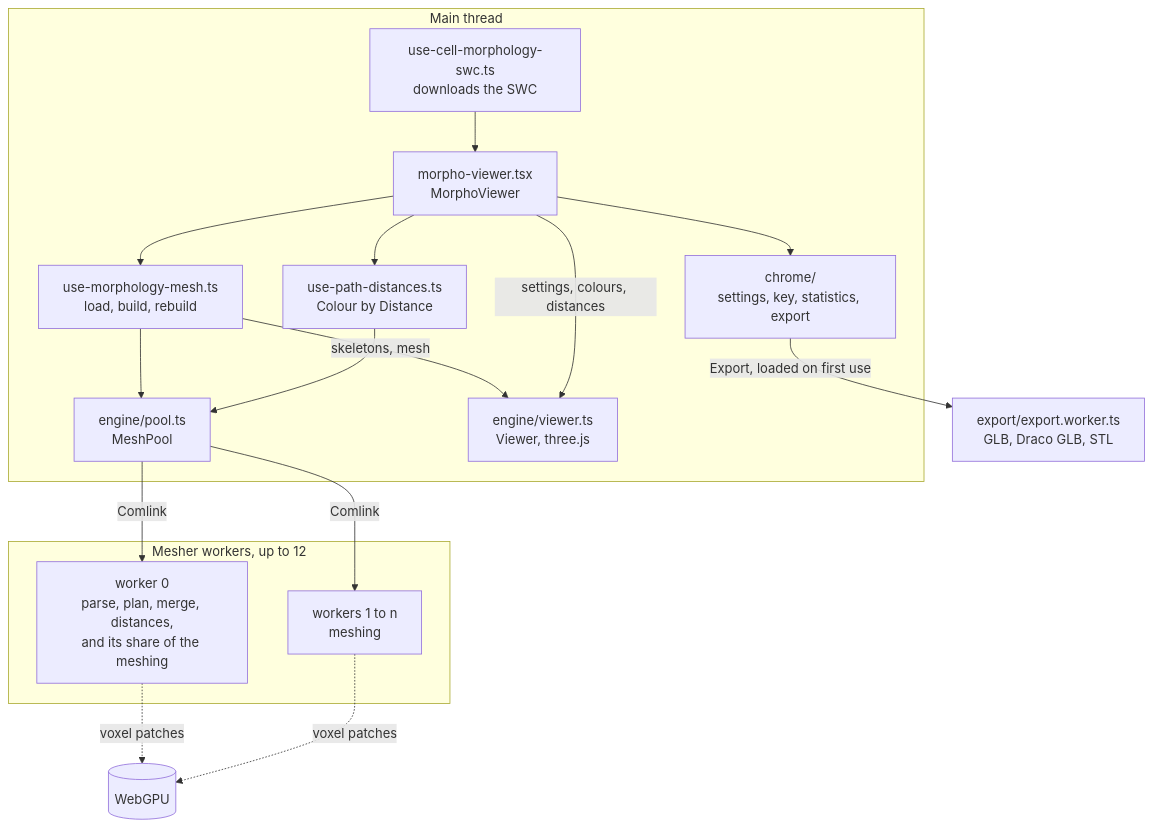
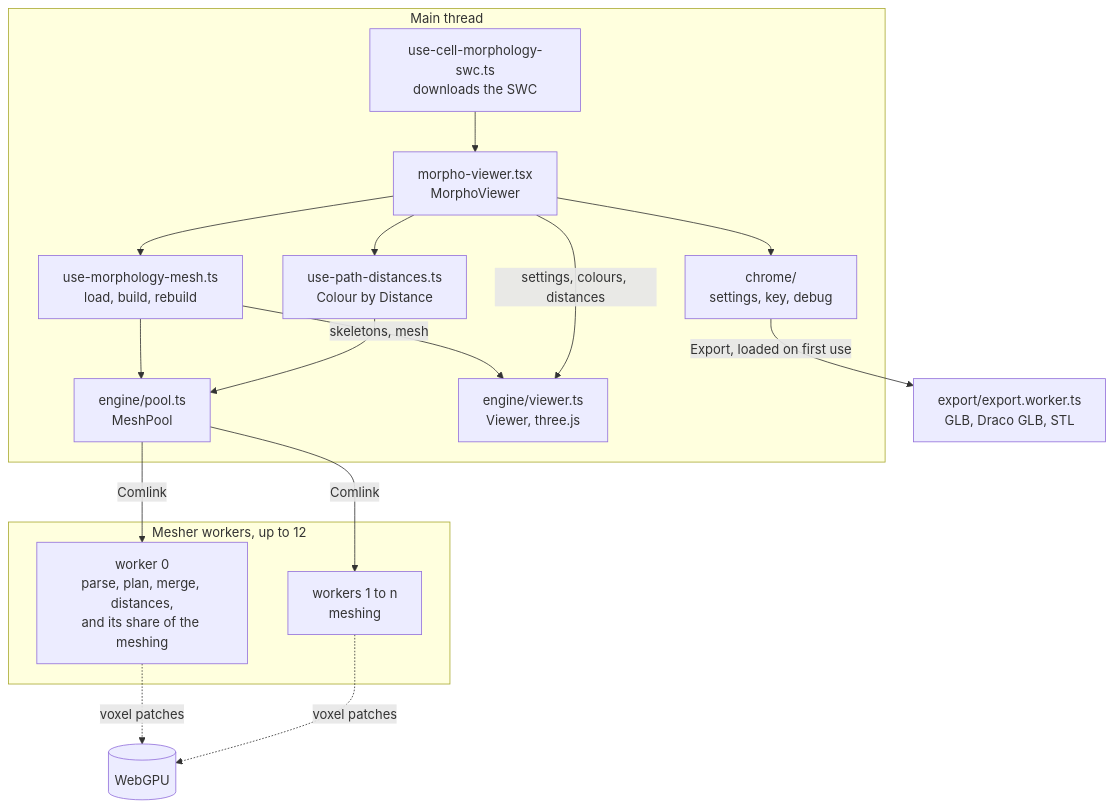
Before and after one commit to openbraininstitute/core-web-app: the first of 6 diagrams in src/features/entities/cell-morphology/morpho-viewer/README.md, drawn with Mermaid. The commit also changed other lines of this file and 5 other files, not shown here.

First line of the commit message:
Merge the morphology statistics and export into a Debug menu behind a flag

````diff
--- a/src/features/entities/cell-morphology/morpho-viewer/README.md
+++ b/src/features/entities/cell-morphology/morpho-viewer/README.md
@@ -20,21 +20,21 @@
 ```mermaid
 flowchart TB
   subgraph main["Main thread"]
     swc["use-cell-morphology-swc.ts<br/>downloads the SWC"] --> viewer["morpho-viewer.tsx<br/>MorphoViewer"]
     viewer --> mesh["use-morphology-mesh.ts<br/>load, build, rebuild"]
     viewer --> dist["use-path-distances.ts<br/>Colour by Distance"]
-    viewer --> chrome["chrome/<br/>settings, key, statistics, export"]
+    viewer --> chrome["chrome/<br/>settings, key, debug"]
     mesh --> pool["engine/pool.ts<br/>MeshPool"]
     dist --> pool
     mesh -- "skeletons, mesh" --> three["engine/viewer.ts<br/>Viewer, three.js"]
     viewer -- "settings, colours, distances" --> three
   end
   subgraph workers["Mesher workers, up to 12"]
     w0["worker 0<br/>parse, plan, merge, distances,<br/>and its share of the meshing"]
     wn["workers 1 to n<br/>meshing"]
   end
   pool -- "Comlink" --> w0
   pool -- "Comlink" --> wn
   w0 & wn -. "voxel patches" .-> gpu[("WebGPU")]
   chrome -- "Export, loaded on first use" --> exp["export/export.worker.ts<br/>GLB, Draco GLB, STL"]
 ```
````
